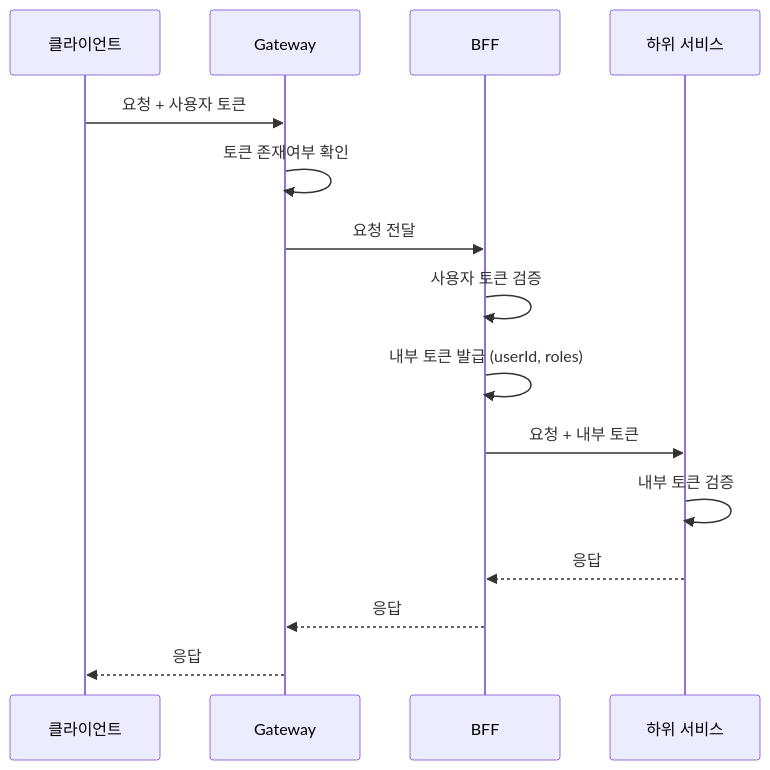
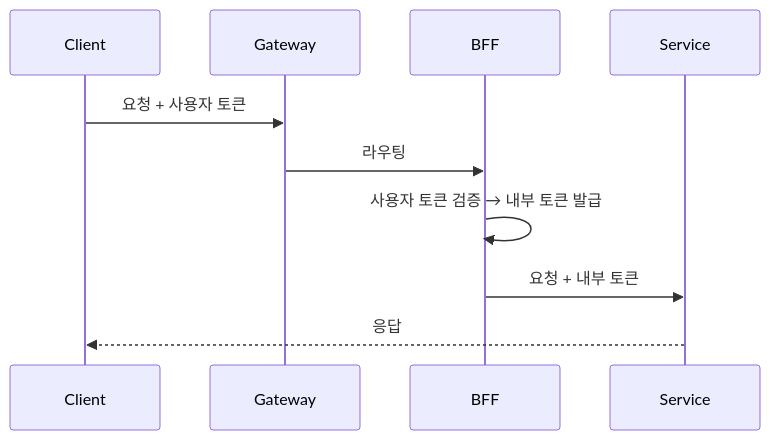
Before and after one commit to LiamKim-DaeYong/nextmall: the second of 2 diagrams in README.md, drawn with Mermaid. The commit also changed other lines of this file, not shown here.

First line of the commit message:
docs(readme): MSA 다이어그램 및 서비스 설명 업데이트 (#61)

````diff
--- a/README.md
+++ b/README.md
@@ -83,18 +69,8 @@
 ```mermaid
 sequenceDiagram
-    participant C as 클라이언트
-    participant G as Gateway
-    participant B as BFF
-    participant S as 하위 서비스
-
-    C->>G: 요청 + 사용자 토큰
-    G->>G: 토큰 존재여부 확인
-    G->>B: 요청 전달
-    B->>B: 사용자 토큰 검증
-    B->>B: 내부 토큰 발급 (userId, roles)
-    B->>S: 요청 + 내부 토큰
-    S->>S: 내부 토큰 검증
-    S-->>B: 응답
-    B-->>G: 응답
-    G-->>C: 응답
+    Client->>Gateway: 요청 + 사용자 토큰
+    Gateway->>BFF: 라우팅
+    BFF->>BFF: 사용자 토큰 검증 → 내부 토큰 발급
+    BFF->>Service: 요청 + 내부 토큰
+    Service-->>Client: 응답
 ```
````
